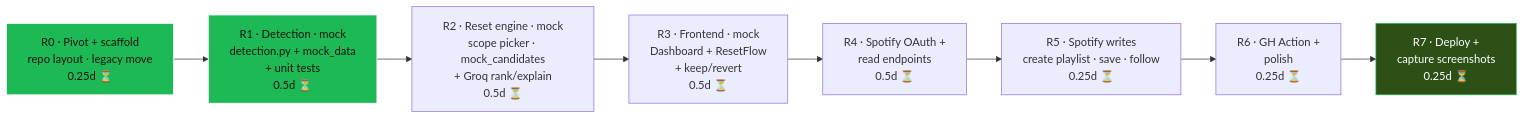
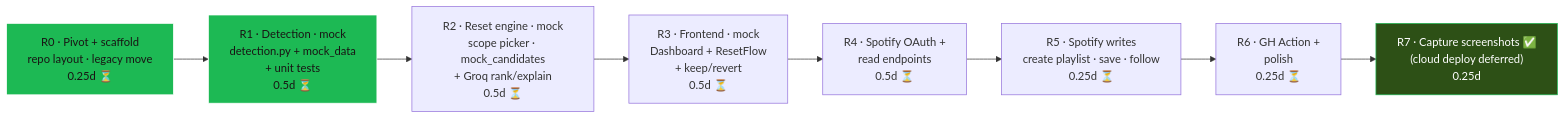
The third of 7 diagrams in doc/architecture.md (mmishra0321/NL_MVP_ResetRadar), drawn with Mermaid before and after one commit. The commit also changed other lines of this file and 1 other file, not shown here.

First line of the commit message:
﻿R7-local: 3 deck frames captured against localhost (cloud deploy deferred)

````diff
--- a/doc/architecture.md
+++ b/doc/architecture.md
@@ -501,14 +501,14 @@
 ```mermaid
 flowchart LR
     R0["R0 · Pivot + scaffold<br/>repo layout · legacy move<br/>0.25d ⏳"] --> R1["R1 · Detection · mock<br/>detection.py + mock_data<br/>+ unit tests<br/>0.5d ⏳"]
     R1 --> R2["R2 · Reset engine · mock<br/>scope picker · mock_candidates<br/>+ Groq rank/explain<br/>0.5d ⏳"]
     R2 --> R3["R3 · Frontend · mock<br/>Dashboard + ResetFlow<br/>+ keep/revert<br/>0.5d ⏳"]
     R3 --> R4["R4 · Spotify OAuth +<br/>read endpoints<br/>0.5d ⏳"]
     R4 --> R5["R5 · Spotify writes<br/>create playlist · save · follow<br/>0.25d ⏳"]
     R5 --> R6["R6 · GH Action +<br/>polish<br/>0.25d ⏳"]
-    R6 --> R7["R7 · Deploy +<br/>capture screenshots<br/>0.25d ⏳"]
+    R6 --> R7["R7 · Capture screenshots ✅<br/>(cloud deploy deferred)<br/>0.25d"]
 
     style R0 fill:#1DB954,stroke:#fff,color:#191414
     style R1 fill:#1DB954,stroke:#fff,color:#191414
     style R7 fill:#2D5016,stroke:#1DB954,color:#fff
 ```
````
